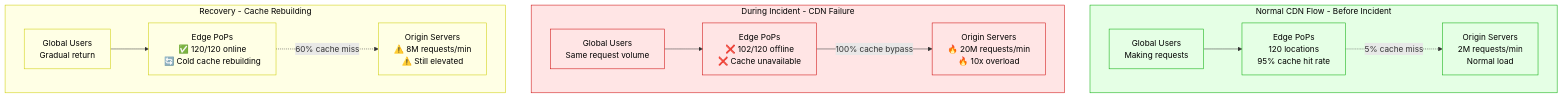
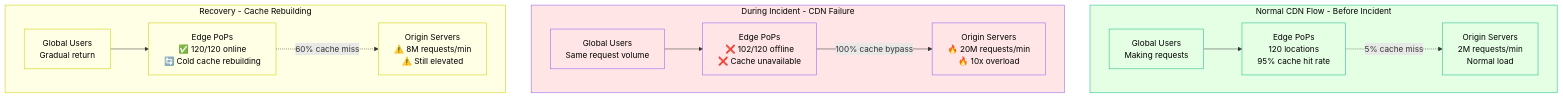
Before and after one commit to deepaucksharma/DS: the second of 3 diagrams in site/docs/incidents/fastly-2021.md, drawn with Mermaid. The commit also changed other lines of this file and 303 other files, not shown here.

````diff
--- a/site/docs/incidents/fastly-2021.md
+++ b/site/docs/incidents/fastly-2021.md
@@ -223,43 +223,43 @@
 ```mermaid
 graph TB
     subgraph NormalFlow["Normal CDN Flow - Before Incident"]
-        style NormalFlow fill:#E5FFE5,stroke:#00AA00,color:#000
+        style NormalFlow fill:#E5FFE5,stroke:#10B981,color:#000
 
         User1["Global Users<br/>Making requests"]
         EdgePoP1["Edge PoPs<br/>120 locations<br/>95% cache hit rate"]
         Origin1["Origin Servers<br/>2M requests/min<br/>Normal load"]
 
         User1 --> EdgePoP1
         EdgePoP1 -.->|"5% cache miss"| Origin1
     end
 
     subgraph IncidentFlow["During Incident - CDN Failure"]
-        style IncidentFlow fill:#FFE5E5,stroke:#CC0000,color:#000
+        style IncidentFlow fill:#FFE5E5,stroke:#8B5CF6,color:#000
 
         User2["Global Users<br/>Same request volume"]
         EdgePoP2["Edge PoPs<br/>❌ 102/120 offline<br/>❌ Cache unavailable"]
         Origin2["Origin Servers<br/>🔥 20M requests/min<br/>🔥 10x overload"]
 
         User2 --> EdgePoP2
         EdgePoP2 -->|"100% cache bypass"| Origin2
     end
 
     subgraph RecoveryFlow["Recovery - Cache Rebuilding"]
         style RecoveryFlow fill:#FFFFE5,stroke:#CCCC00,color:#000
 
         User3["Global Users<br/>Gradual return"]
         EdgePoP3["Edge PoPs<br/>✅ 120/120 online<br/>🔄 Cold cache rebuilding"]
         Origin3["Origin Servers<br/>⚠️ 8M requests/min<br/>⚠️ Still elevated"]
 
         User3 --> EdgePoP3
         EdgePoP3 -.->|"60% cache miss"| Origin3
     end
 
-    classDef normalStyle fill:#E5FFE5,stroke:#00AA00,color:#000
-    classDef incidentStyle fill:#FFE5E5,stroke:#CC0000,color:#000
+    classDef normalStyle fill:#E5FFE5,stroke:#10B981,color:#000
+    classDef incidentStyle fill:#FFE5E5,stroke:#8B5CF6,color:#000
     classDef recoveryStyle fill:#FFFFE5,stroke:#CCCC00,color:#000
 
     class User1,EdgePoP1,Origin1 normalStyle
     class User2,EdgePoP2,Origin2 incidentStyle
     class User3,EdgePoP3,Origin3 recoveryStyle
 ```
````
